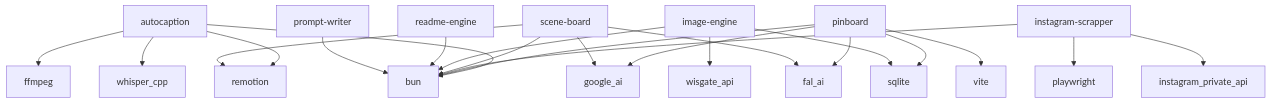
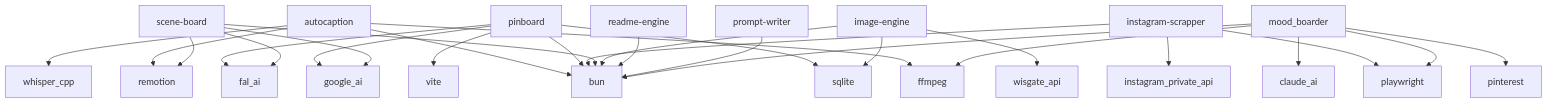
Before and after one commit to Dragon-hearted/Adcelerate: the diagram in README.md, drawn with Mermaid. The commit also changed other lines of this file and 4 other files, not shown here.

First line of the commit message:
feat: add MoodBoarder system + post-merge submodule sync (#12)

````diff
--- a/README.md
+++ b/README.md
@@ -52,31 +53,37 @@
 ```mermaid
 graph TD
     autocaption[autocaption]
     autocaption --> bun
     autocaption --> ffmpeg
     autocaption --> whisper_cpp
     autocaption --> remotion
     pinboard[pinboard]
     pinboard --> bun
     pinboard --> sqlite
     pinboard --> google_ai
     pinboard --> vite
     pinboard --> fal_ai
     instagram_scrapper[instagram-scrapper]
     instagram_scrapper --> bun
     instagram_scrapper --> playwright
     instagram_scrapper --> instagram_private_api
     scene_board[scene-board]
     scene_board --> bun
     scene_board --> fal_ai
     scene_board --> google_ai
     scene_board --> remotion
     image_engine[image-engine]
     image_engine --> bun
     image_engine --> wisgate_api
     image_engine --> sqlite
     readme_engine[readme-engine]
     readme_engine --> bun
     prompt_writer[prompt-writer]
     prompt_writer --> bun
+    mood_boarder[mood_boarder]
+    mood_boarder --> bun
+    mood_boarder --> ffmpeg
+    mood_boarder --> playwright
+    mood_boarder --> pinterest
+    mood_boarder --> claude_ai
 ```
````
